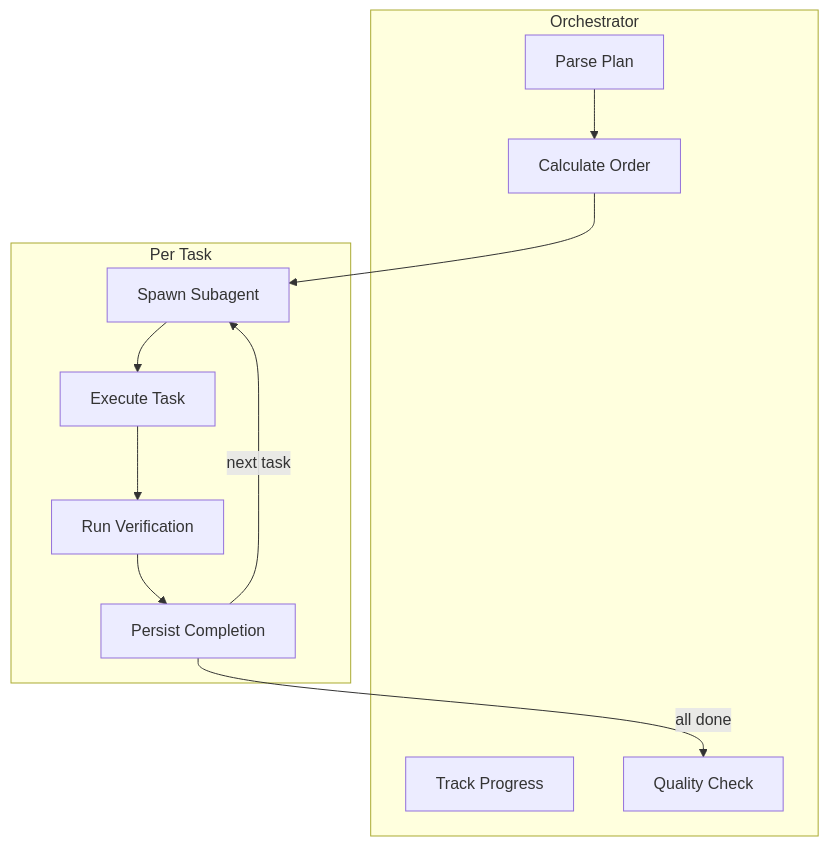
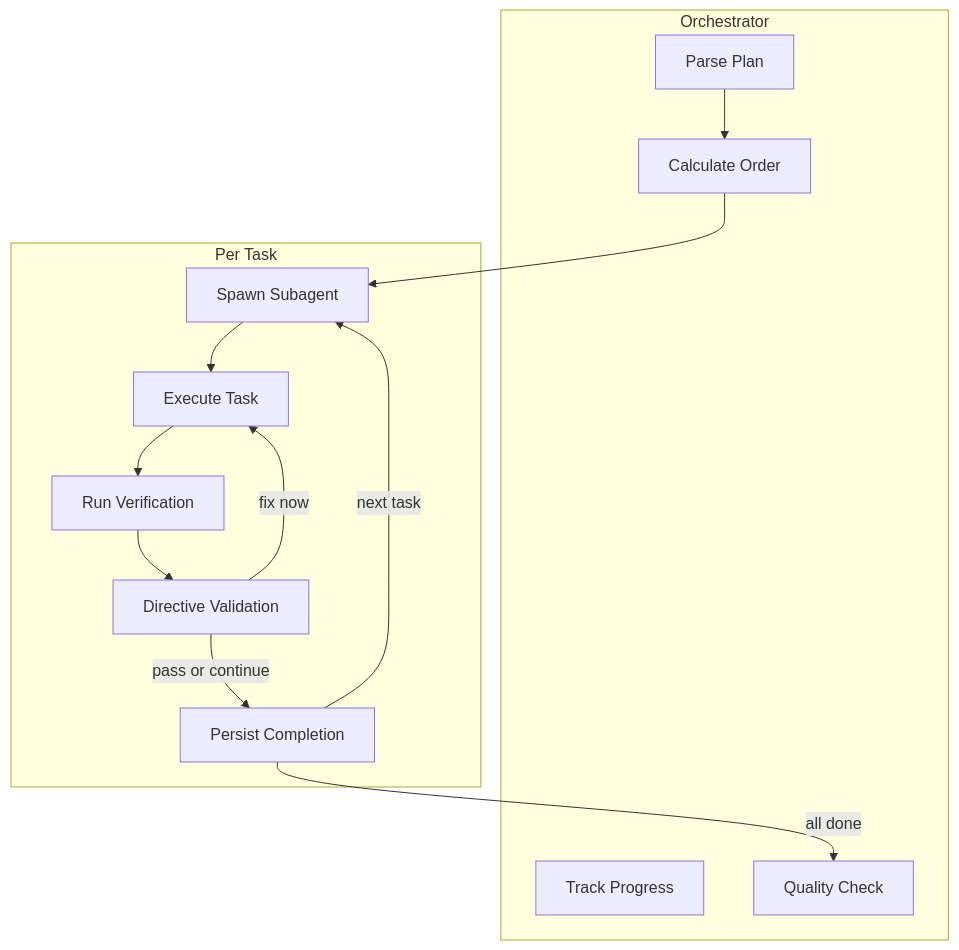
The diagram in .festinalente/product/skills/implement.md (mattfletcher94/festinalente), drawn with Mermaid before and after one commit. The commit also changed other lines of this file and 2 other files, not shown here.

Commit message:
docs(#53): product - update directive enforcement docs

````diff
--- a/.festinalente/product/skills/implement.md
+++ b/.festinalente/product/skills/implement.md
@@ -29,24 +29,27 @@
 ```mermaid
 flowchart TB
     subgraph "Orchestrator"
         Parse[Parse Plan]
         Order[Calculate Order]
         Track[Track Progress]
         Quality[Quality Check]
     end
 
     subgraph "Per Task"
         Spawn[Spawn Subagent]
         Execute[Execute Task]
         Verify[Run Verification]
+        DirVal[Directive Validation]
         Persist[Persist Completion]
     end
 
     Parse --> Order
     Order --> Spawn
     Spawn --> Execute
     Execute --> Verify
-    Verify --> Persist
+    Verify --> DirVal
+    DirVal --> |pass or continue| Persist
+    DirVal --> |fix now| Execute
     Persist --> |next task| Spawn
     Persist --> |all done| Quality
 ```
````
